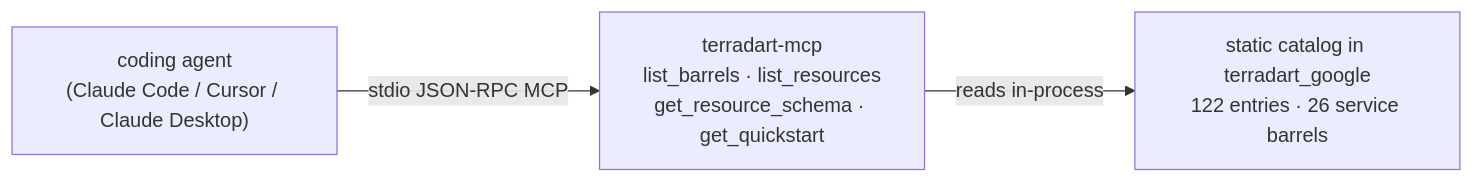
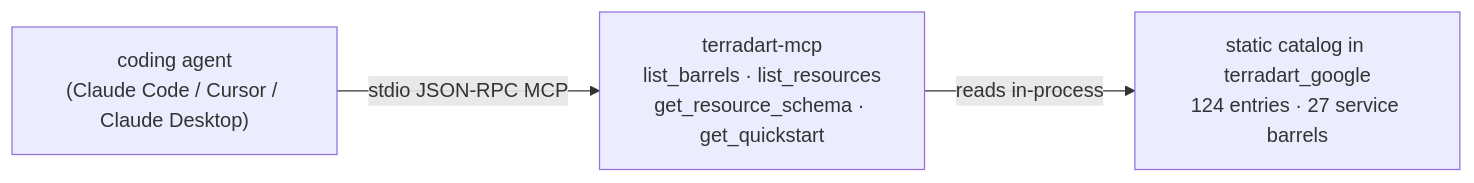
Before and after one commit to nozomi-koborinai/terradart: the diagram in website/src/content/docs/docs/agent/index.md, drawn with Mermaid. The commit also changed other lines of this file and 36 other files, not shown here.

````diff
--- a/website/src/content/docs/docs/agent/index.md
+++ b/website/src/content/docs/docs/agent/index.md
@@ -12,8 +12,8 @@
 ```mermaid
 graph LR
   agent["coding agent<br/>(Claude Code / Cursor / Claude Desktop)"]
   mcp["terradart-mcp<br/>list_barrels · list_resources<br/>get_resource_schema · get_quickstart"]
-  catalog["static catalog in terradart_google<br/>122 entries · 26 service barrels"]
+  catalog["static catalog in terradart_google<br/>124 entries · 27 service barrels"]
   agent -->|stdio JSON-RPC MCP| mcp
   mcp -->|reads in-process| catalog
 ```
````
